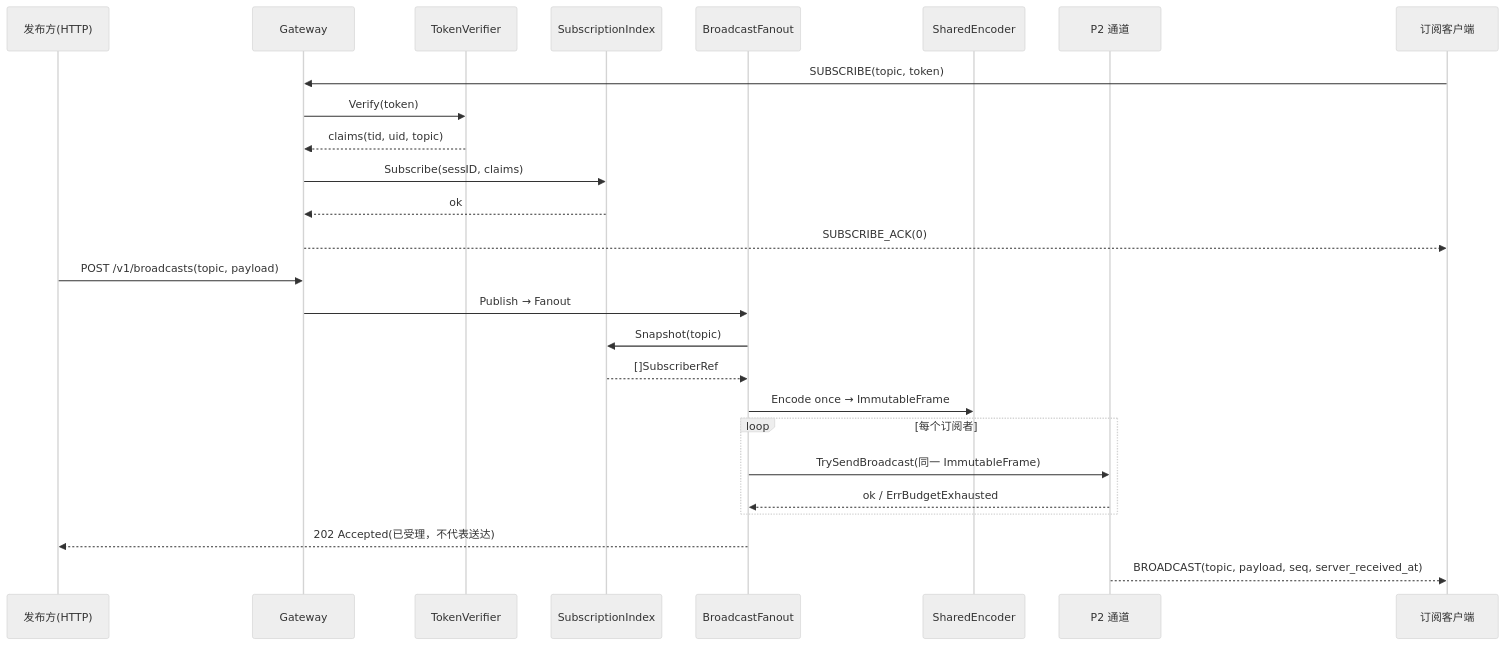
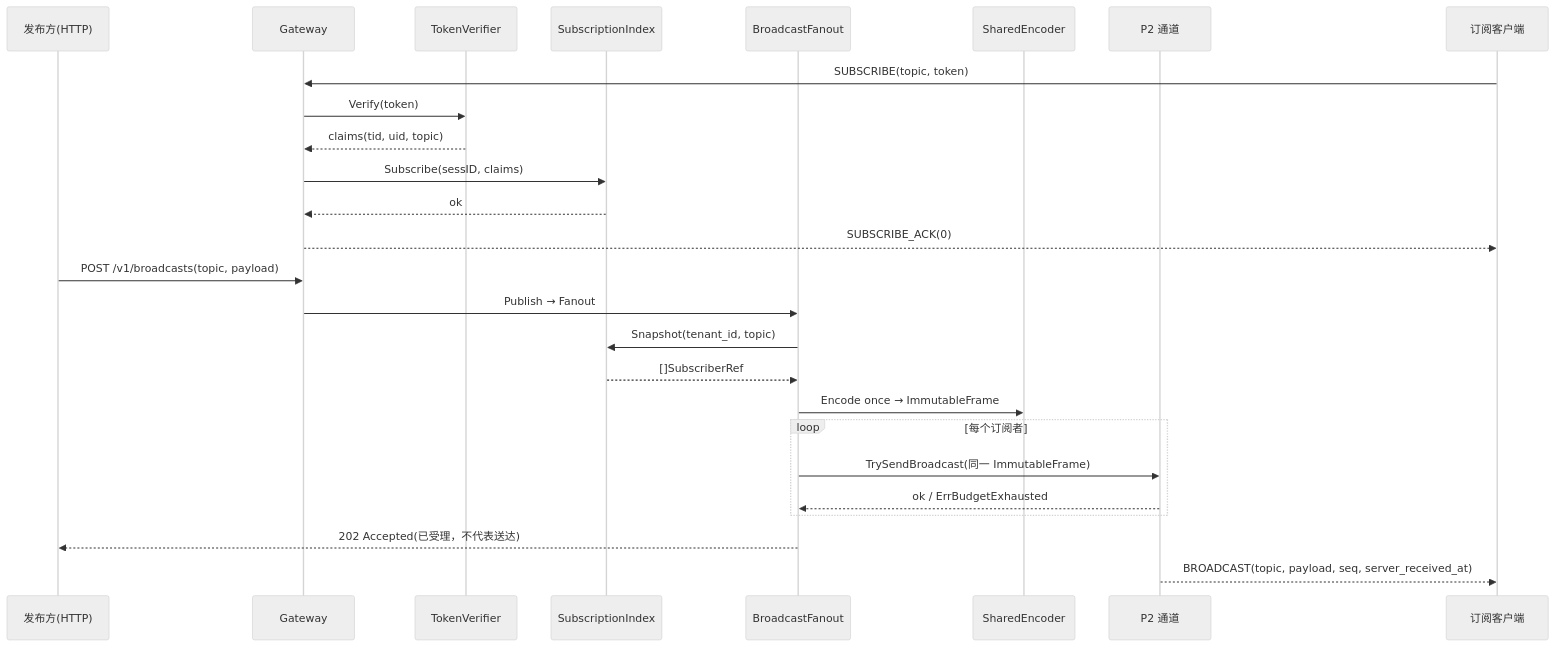
One commit to pickle-theo/RelayX changed the second of 4 diagrams in docs/S3 订阅与广播 - 详细设计 LLD.md. Above: the diagram before and after it, drawn with Mermaid (neutral theme). The commit also changed other lines of this file and 52 other files, not shown here.

````diff
--- a/docs/S3 订阅与广播 - 详细设计 LLD.md
+++ b/docs/S3 订阅与广播 - 详细设计 LLD.md
@@ -438,30 +443,30 @@
 ```mermaid
 sequenceDiagram
     participant B as 发布方(HTTP)
     participant G as Gateway
     participant V as TokenVerifier
     participant I as SubscriptionIndex
     participant F as BroadcastFanout
     participant E as SharedEncoder
     participant P as P2 通道
     participant C as 订阅客户端
 
     C->>G: SUBSCRIBE(topic, token)
     G->>V: Verify(token)
     V-->>G: claims(tid, uid, topic)
     G->>I: Subscribe(sessID, claims)
     I-->>G: ok
     G-->>C: SUBSCRIBE_ACK(0)
 
     B->>G: POST /v1/broadcasts(topic, payload)
     G->>F: Publish → Fanout
-    F->>I: Snapshot(topic)
+    F->>I: Snapshot(tenant_id, topic)
     I-->>F: []SubscriberRef
     F->>E: Encode once → ImmutableFrame
     loop 每个订阅者
         F->>P: TrySendBroadcast(同一 ImmutableFrame)
         P-->>F: ok / ErrBudgetExhausted
     end
     F-->>B: 202 Accepted(已受理，不代表送达)
     P-->>C: BROADCAST(topic, payload, seq, server_received_at)
 ```
````
